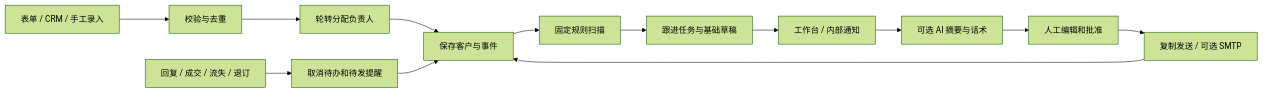
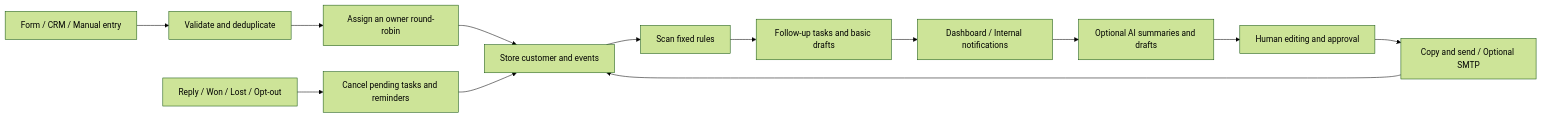
One commit to trsgogogo/sales-followup-os changed the diagram in README.md. Above: the diagram before and after it, drawn with Mermaid (forest theme). The commit also changed other lines of this file, not shown here.

````diff
--- a/README.md
+++ b/README.md
@@ -60,15 +62,15 @@
 ```mermaid
 flowchart LR
-  A[表单 / CRM / 手工录入] --> B[校验与去重]
-  B --> C[轮转分配负责人]
-  C --> D[保存客户与事件]
-  D --> E[固定规则扫描]
-  E --> F[跟进任务与基础草稿]
-  F --> G[工作台 / 内部通知]
-  G --> H[可选 AI 摘要与话术]
-  H --> I[人工编辑和批准]
-  I --> J[复制发送 / 可选 SMTP]
+  A[Form / CRM / Manual entry] --> B[Validate and deduplicate]
+  B --> C[Assign an owner round-robin]
+  C --> D[Store customer and events]
+  D --> E[Scan fixed rules]
+  E --> F[Follow-up tasks and basic drafts]
+  F --> G[Dashboard / Internal notifications]
+  G --> H[Optional AI summaries and drafts]
+  H --> I[Human editing and approval]
+  I --> J[Copy and send / Optional SMTP]
   J --> D
-  K[回复 / 成交 / 流失 / 退订] --> L[取消待办和待发提醒]
+  K[Reply / Won / Lost / Opt-out] --> L[Cancel pending tasks and reminders]
   L --> D
 ```
````
